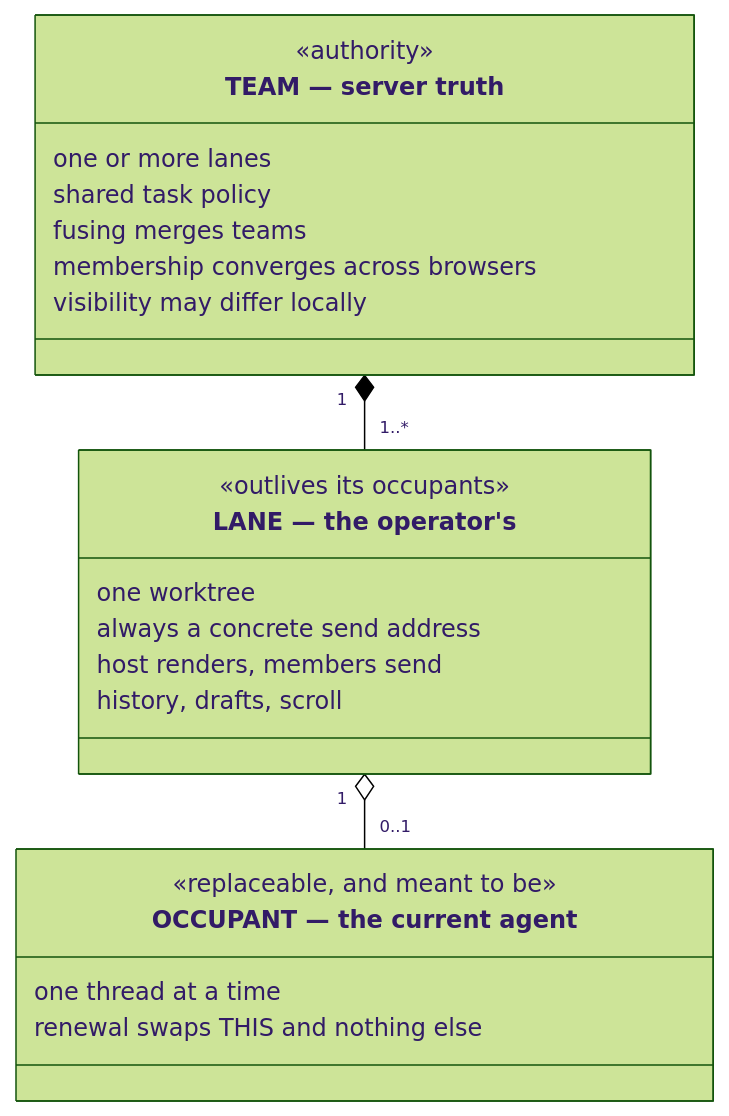
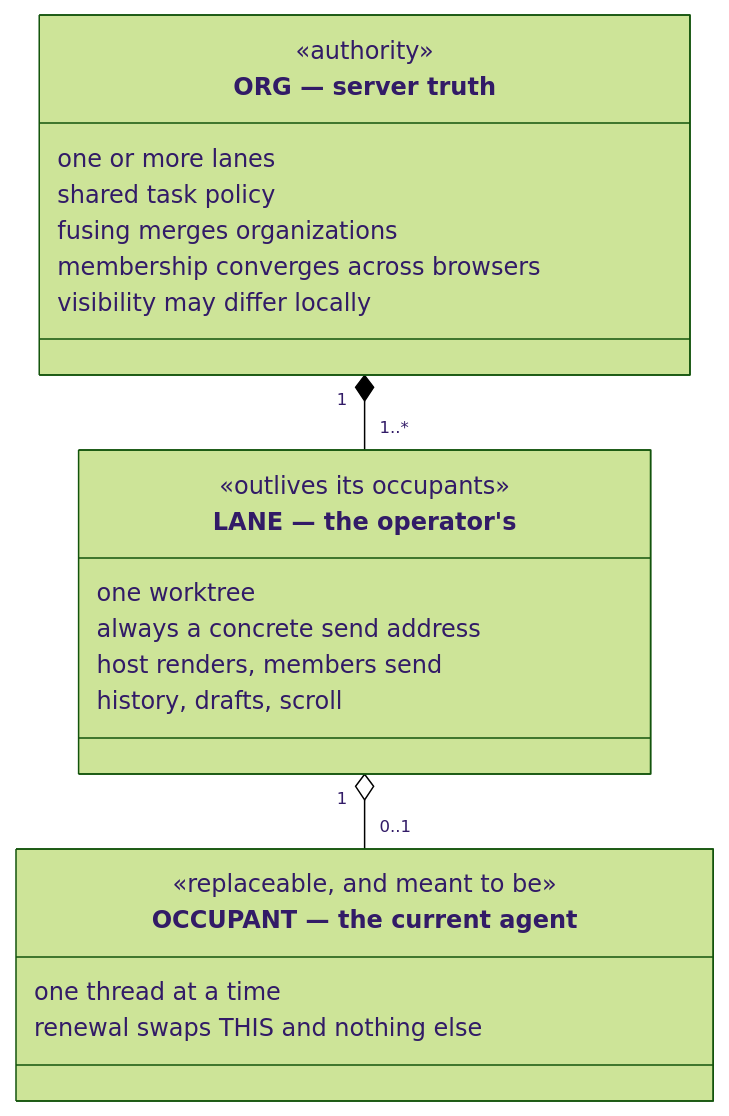
Before and after one commit to infimalabs/spice-rust: diagram 17 of 25 in docs/product/value.md, drawn with Mermaid (forest theme). The commit also changed other lines of this file and 99 other files, not shown here.

Commit message:
canvas: rename team vocabulary to org

````diff
--- a/docs/product/value.md
+++ b/docs/product/value.md
@@ -407,25 +407,25 @@
 ```mermaid
 classDiagram
-  class Team["TEAM — server truth"] {
+  class Org["ORG — server truth"] {
     <<authority>>
     one or more lanes
     shared task policy
-    fusing merges teams
+    fusing merges organizations
     membership converges across browsers
     visibility may differ locally
   }
   class Lane["LANE — the operator's"] {
     <<outlives its occupants>>
     one worktree
     always a concrete send address
     host renders, members send
     history, drafts, scroll
   }
   class Occupant["OCCUPANT — the current agent"] {
     <<replaceable, and meant to be>>
     one thread at a time
     renewal swaps THIS and nothing else
   }
-  Team "1" *-- "1..*" Lane
+  Org "1" *-- "1..*" Lane
   Lane "1" o-- "0..1" Occupant
 ```
````
